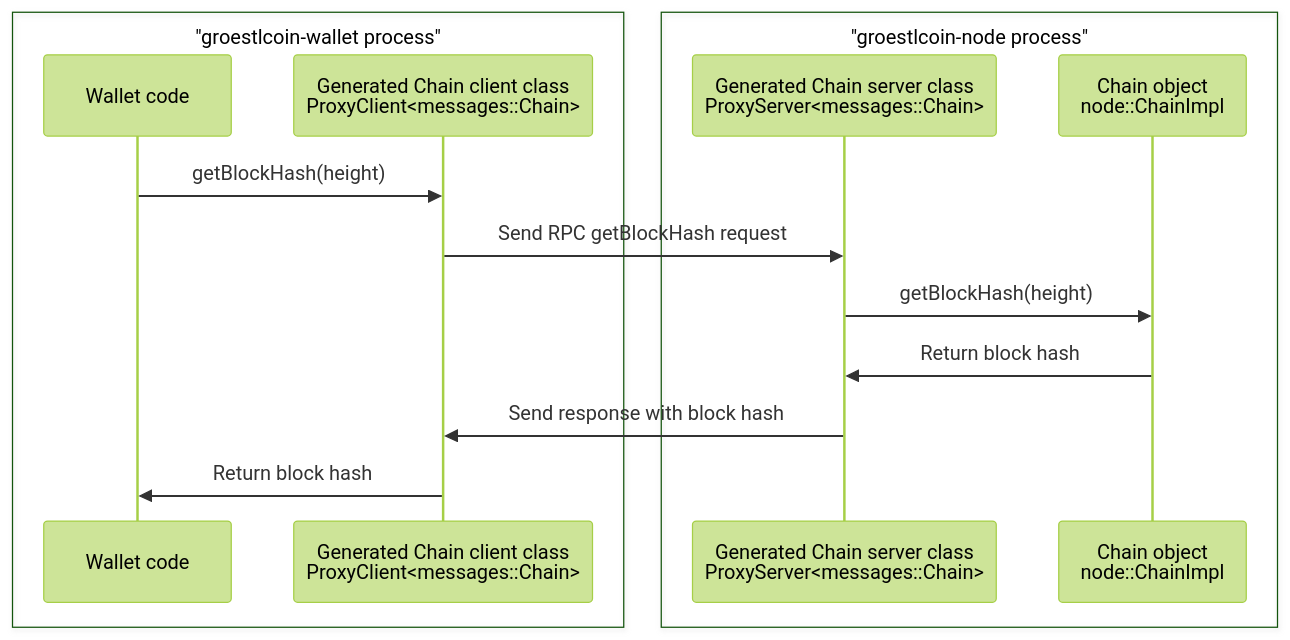
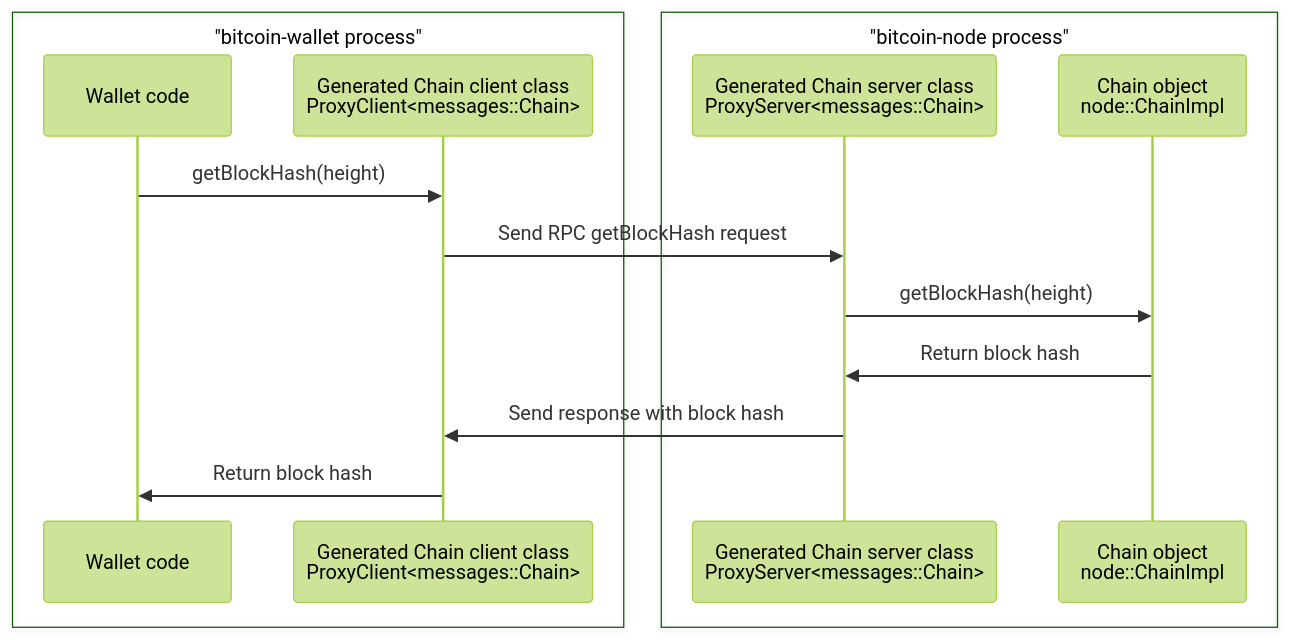
The third of 3 diagrams in doc/design/multiprocess.md (DM-enterprises/bitcoin), drawn with Mermaid (forest theme) before and after one commit. The commit also changed other lines of this file and 1784 other files, not shown here.

````diff
--- a/doc/design/multiprocess.md
+++ b/doc/design/multiprocess.md
@@ -163,18 +163,18 @@
 ```mermaid
 sequenceDiagram
-    box "groestlcoin-wallet process"
+    box "bitcoin-wallet process"
     participant WalletCode as Wallet code
     participant ChainClient as Generated Chain client class<br/>ProxyClient<messages::Chain>
     end
-    box "groestlcoin-node process"
+    box "bitcoin-node process"
     participant ChainServer as Generated Chain server class<br/>ProxyServer<messages::Chain>
     participant LocalChain as Chain object<br/>node::ChainImpl
     end
 
     WalletCode->>ChainClient: getBlockHash(height)
     ChainClient->>ChainServer: Send RPC getBlockHash request
     ChainServer->>LocalChain: getBlockHash(height)
     LocalChain->>ChainServer: Return block hash
     ChainServer->>ChainClient: Send response with block hash
     ChainClient->>WalletCode: Return block hash
 ```
````
